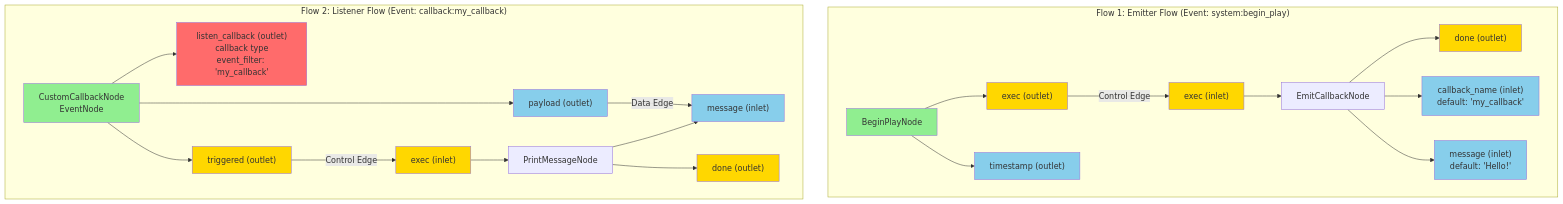
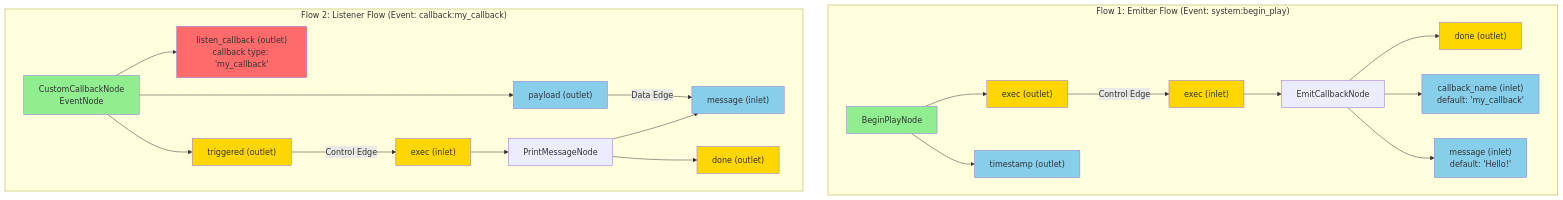
The first of 3 diagrams in docs/callbacks/callback_flows_diagram.md (going-haywire/haywire), drawn with Mermaid before and after one commit. The commit also changed 13 other files, not shown here.

````diff
--- a/docs/callbacks/callback_flows_diagram.md
+++ b/docs/callbacks/callback_flows_diagram.md
@@ -7,63 +7,63 @@
 ```mermaid
 graph TB
     subgraph "Flow 1: Emitter Flow (Event: system:begin_play)"
         BP[BeginPlayNode]
         BP_exec_out["exec (outlet)"]
         BP_timestamp_out["timestamp (outlet)"]
         
         EC[EmitCallbackNode]
         EC_exec_in["exec (inlet)"]
         EC_done_out["done (outlet)"]
         EC_callback_name["callback_name (inlet)<br/>default: 'my_callback'"]
         EC_message["message (inlet)<br/>default: 'Hello!'"]
         
         BP --> BP_exec_out
         BP --> BP_timestamp_out
         BP_exec_out -->|Control Edge| EC_exec_in
         EC_exec_in --> EC
         EC --> EC_done_out
         EC --> EC_callback_name
         EC --> EC_message
     end
     
     subgraph "Flow 2: Listener Flow (Event: callback:my_callback)"
         CC[CustomCallbackNode<br/>EventNode]
-        CC_listen_out["listen_callback (outlet)<br/>callback type<br/>event_filter: 'my_callback'"]
+        CC_listen_out["listen_callback (outlet)<br/>callback type: 'my_callback'"]
         CC_triggered_out["triggered (outlet)"]
         CC_payload_out["payload (outlet)"]
         
         PM[PrintMessageNode]
         PM_exec_in["exec (inlet)"]
         PM_done_out["done (outlet)"]
         PM_message_in["message (inlet)"]
         
         CC --> CC_listen_out
         CC --> CC_triggered_out
         CC --> CC_payload_out
         CC_triggered_out -->|Control Edge| PM_exec_in
         CC_payload_out -->|Data Edge| PM_message_in
         PM_exec_in --> PM
         PM --> PM_done_out
         PM --> PM_message_in
     end
     
     style BP fill:#90EE90
     style CC fill:#90EE90
     style BP_exec_out fill:#FFD700
     style EC_exec_in fill:#FFD700
     style EC_done_out fill:#FFD700
     style CC_triggered_out fill:#FFD700
     style PM_exec_in fill:#FFD700
     style PM_done_out fill:#FFD700
     style CC_listen_out fill:#FF6B6B
     style BP_timestamp_out fill:#87CEEB
     style CC_payload_out fill:#87CEEB
     style PM_message_in fill:#87CEEB
     style EC_callback_name fill:#87CEEB
     style EC_message fill:#87CEEB
     
     classDef eventNode fill:#90EE90,stroke:#333,stroke-width:3px
     classDef controlPort fill:#FFD700,stroke:#333,stroke-width:2px
     classDef dataPort fill:#87CEEB,stroke:#333,stroke-width:2px
     classDef callbackPort fill:#FF6B6B,stroke:#333,stroke-width:2px
 ```
````
